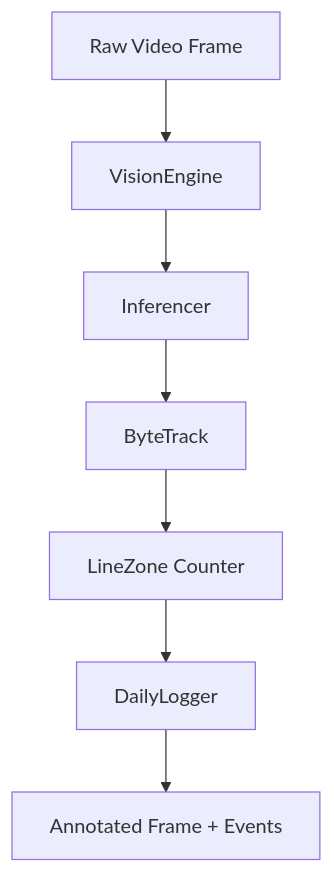
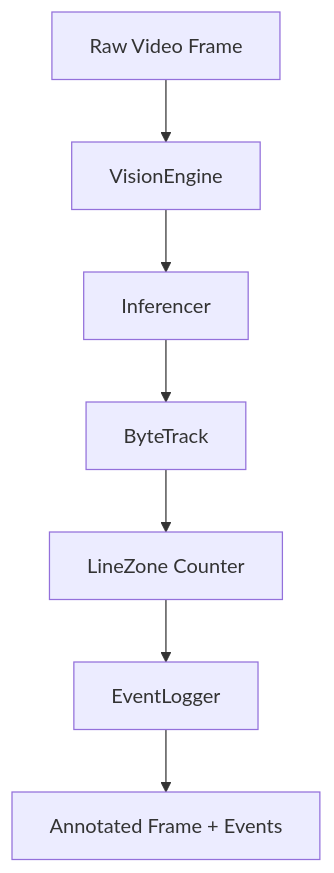
One commit to waledroid/IsiDetector changed the diagram in mkdocs/docs/modules/vision-engine.md. Above: the diagram before and after it, drawn with Mermaid. The commit also changed 13 other files, not shown here.

First line of the commit message:
Chart: switch history to event-level EventLogger (drop DailyLogger)

````diff
--- a/mkdocs/docs/modules/vision-engine.md
+++ b/mkdocs/docs/modules/vision-engine.md
@@ -13,9 +13,9 @@
 ```mermaid
 graph TD
     Frame[Raw Video Frame] --> Engine[VisionEngine]
     Engine --> Inf[Inferencer]
     Inf --> Track[ByteTrack]
     Track --> Line[LineZone Counter]
-    Line --> Log[DailyLogger]
+    Line --> Log[EventLogger]
     Log --> Output[Annotated Frame + Events]
 ```
````
